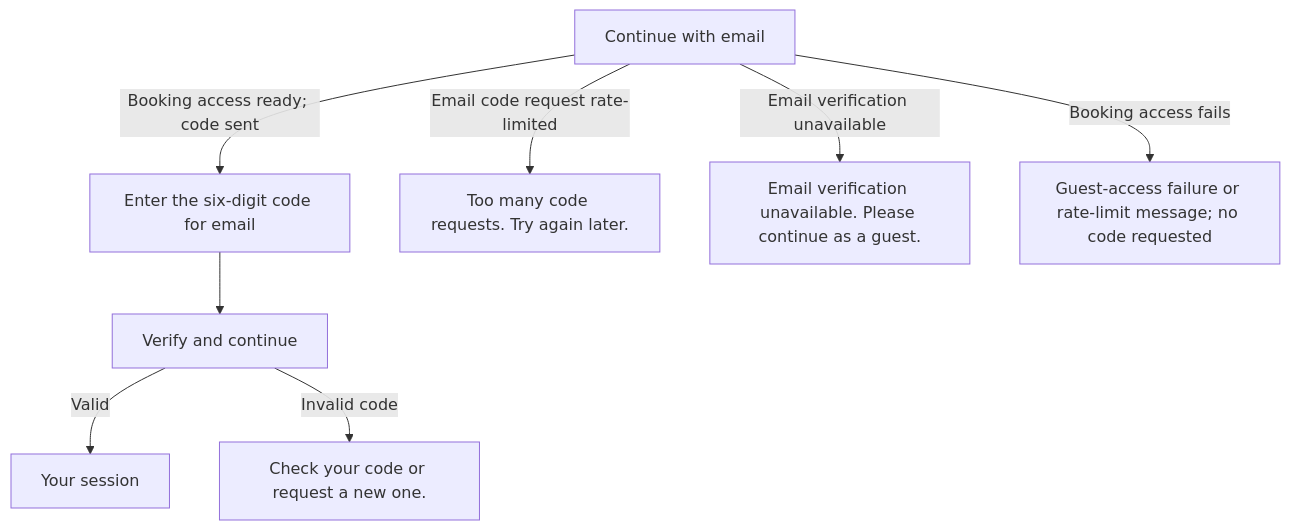
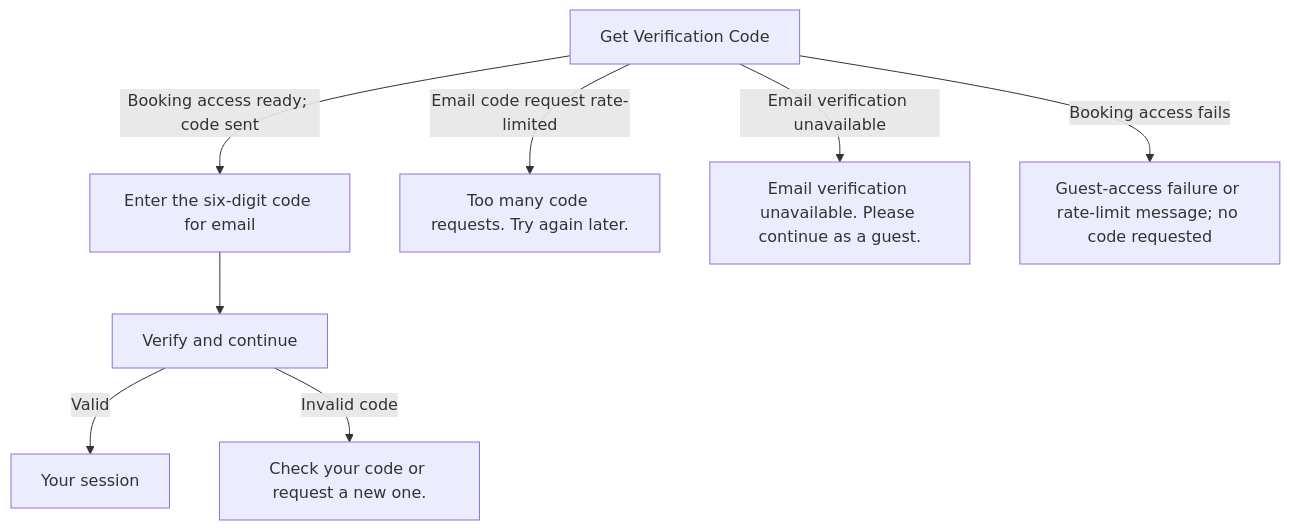
The second of 19 diagrams in docs/booking-flows.md (soccerbotstudiosg/soccerbotstudioSG), drawn with Mermaid before and after one commit. The commit also changed other lines of this file and 17 other files, not shown here.

Commit message:
Keep booking transitions stable and clarify email code entry (#62)

````diff
--- a/docs/booking-flows.md
+++ b/docs/booking-flows.md
@@ -39,10 +39,10 @@
 ```mermaid
 flowchart TD
-  A["Continue with email"] -->|Booking access ready; code sent| B["Enter the six-digit code for email"]
+  A["Get Verification Code"] -->|Booking access ready; code sent| B["Enter the six-digit code for email"]
   B --> C["Verify and continue"]
   C -->|Valid| D["Your session"]
   C -->|Invalid code| E["Check your code or request a new one."]
   A -->|Email code request rate-limited| F["Too many code requests. Try again later."]
   A -->|Email verification unavailable| G["Email verification unavailable. Please continue as a guest."]
   A -->|Booking access fails| H["Guest-access failure or rate-limit message; no code requested"]
 ```
````
